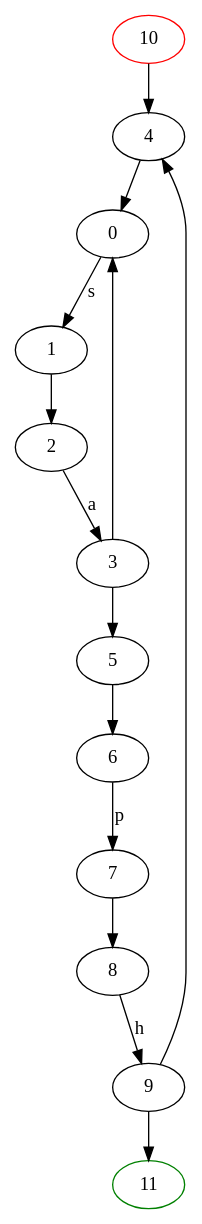
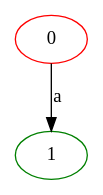
One commit to aboubacardiawara/DAAR changed the diagram in tme1/regex/epsilonAutomate.dot. Above: the diagram before and after it, drawn with Graphviz. The commit also changed 2 other files, not shown here.

```diff
--- a/tme1/regex/epsilonAutomate.dot
+++ b/tme1/regex/epsilonAutomate.dot
@@ -1,18 +1,5 @@
 digraph {
-	10 [color="red"]
-	10 -> 4 [label=""]
-	4 -> 0 [label=""]
-	0 -> 1 [label="s"]
-	1 -> 2 [label=""]
-	2 -> 3 [label="a"]
-	3 -> 5 [label=""]
-	5 -> 6 [label=""]
-	6 -> 7 [label="p"]
-	7 -> 8 [label=""]
-	8 -> 9 [label="h"]
-	11 [color="green"]
-	9 -> 11 [label=""]
-	11 [color="green"]
-	9 -> 4 [label=""]
-	3 -> 0 [label=""]
+	0 [color="red"]
+	0 -> 1 [label="a"]
+	1 [color="green"]
 }
```
